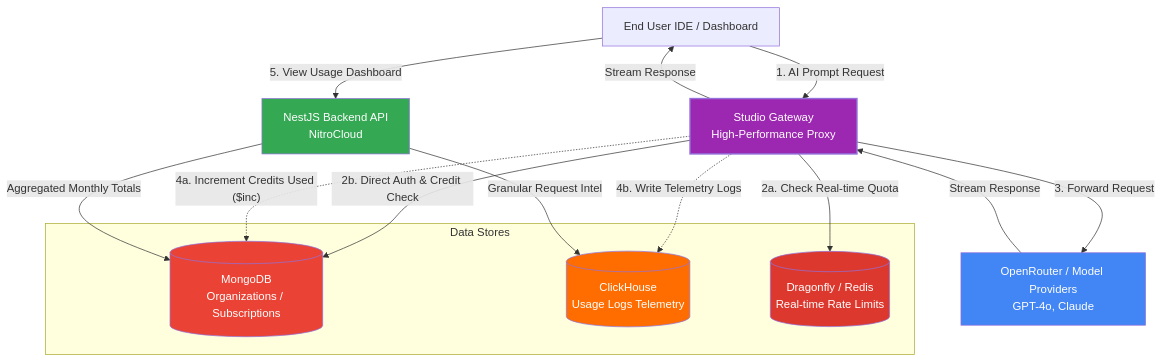
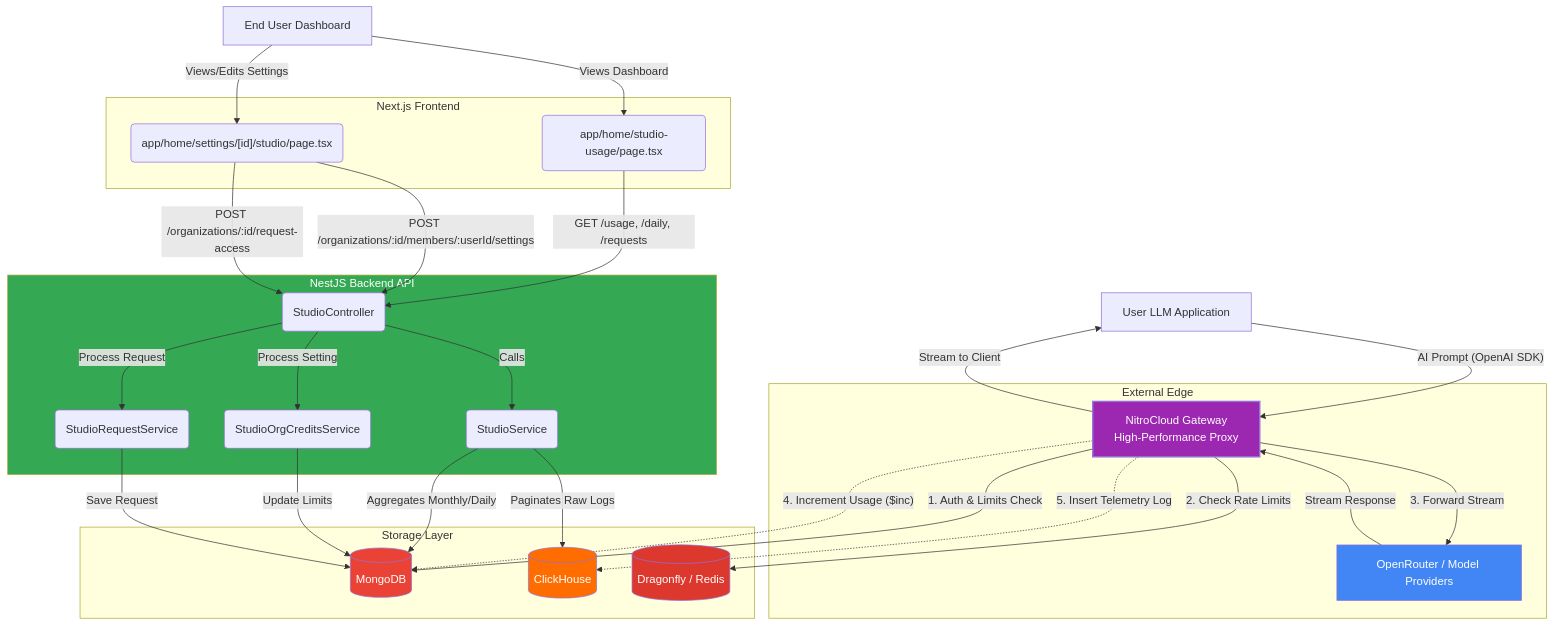
Before and after one commit to webdev-hemant/test-md: the second of 2 diagrams in studio-usage_architecture.md, drawn with Mermaid. The commit also changed other lines of this file, not shown here.

First line of the commit message:
Revise studio architecture for performance analysis

````diff
--- a/studio-usage_architecture.md
+++ b/studio-usage_architecture.md
@@ -43,40 +179,71 @@
 ```mermaid
 graph TD
-    %% Define Nodes
-    User[End User IDE / Dashboard]
-    Gw[Studio Gateway<br>High-Performance Proxy]
-    BE[NestJS Backend API<br>NitroCloud]
-    OR[OpenRouter / Model Providers<br>GPT-4o, Claude]
+    %% Define Actors
+    User["End User Dashboard"]
+    LLM_Client["User LLM Application"]
+
+    %% Frontend Components
+    subgraph Frontend ["Next.js Frontend"]
+        SU_Page("app/home/studio-usage/page.tsx")
+        API_Config("app/home/settings/[id]/studio/page.tsx")
+    end
+
+    %% External Services
+    subgraph External ["External Edge"]
+        GW["NitroCloud Gateway<br>High-Performance Proxy"]
+        OR["OpenRouter / Model Providers"]
+    end
+
+    %% Backend Services
+    subgraph Backend ["NestJS Backend API"]
+        S_Ctrl("StudioController")
+        S_Svc("StudioService")
+        SOC_Svc("StudioOrgCreditsService")
+        SR_Svc("StudioRequestService")
+    end
+
+    %% Data Stores
+    subgraph Data ["Storage Layer"]
+        MDB[("MongoDB")]
+        CH[("ClickHouse")]
+        RD[("Dragonfly / Redis")]
+    end
+
+    %% Flow: Viewing Usage Dashboard
+    User -- "Views Dashboard" --> SU_Page
+    SU_Page -- "GET /usage, /daily, /requests" --> S_Ctrl
+    S_Ctrl -- "Calls" --> S_Svc
+    S_Svc -- "Aggregates Monthly/Daily" --> MDB
+    S_Svc -- "Paginates Raw Logs" --> CH
+
+    %% Flow: LLM Generation Path (The Hot Path)
+    LLM_Client -- "AI Prompt (OpenAI SDK)" --> GW
+    GW -- "1. Auth & Limits Check" --> MDB
+    GW -- "2. Check Rate Limits" --> RD
+    GW -- "3. Forward Stream" --> OR
+    OR -- "Stream Response" --> GW
+    GW -- "Stream to Client" --> LLM_Client
     
-    subgraph Data Stores
-        MDB[(MongoDB<br>Organizations / Subscriptions)]
-        CH[(ClickHouse<br>Usage Logs Telemetry)]
-        RD[(Dragonfly / Redis<br>Real-time Rate Limits)]
-    end
+    %% Async Logging Path
+    GW -. "4. Increment Usage ($inc)" .-> MDB
+    GW -. "5. Insert Telemetry Log" .-> CH
+
+    %% Flow: Org Admin Settings
+    User -- "Views/Edits Settings" --> API_Config
+    API_Config -- "POST /organizations/:id/members/:userId/settings" --> S_Ctrl
+    S_Ctrl -- "Process Setting" --> SOC_Svc
+    SOC_Svc -- "Update Limits" --> MDB
     
-    %% Relationships
-    User -- "1. AI Prompt Request" --> Gw
-    User -- "5. View Usage Dashboard" --> BE
-    
-    Gw -- "2a. Check Real-time Quota" --> RD
-    Gw -- "2b. Direct Auth & Credit Check" --> MDB
-    Gw -- "3. Forward Request" --> OR
-    OR -- "Stream Response" --> Gw
-    Gw -- "Stream Response" --> User
+    %% Additional Access Flow
+    API_Config -- "POST /organizations/:id/request-access" --> S_Ctrl
+    S_Ctrl -- "Process Request" --> SR_Svc
+    SR_Svc -- "Save Request" --> MDB
 
-    %% Billing & Async Writes
-    Gw -. "4a. Increment Credits Used ($inc)" .-> MDB
-    Gw -. "4b. Write Telemetry Logs" .-> CH
-    
-    %% Dashboard Data Retrieval
-    BE -- "Aggregated Monthly Totals" --> MDB
-    BE -- "Granular Request Intel" --> CH
-    
     %% Styling
-    style Gw fill:#9c27b0,color:#fff,stroke-width:2px
-    style BE fill:#34a853,color:#fff
+    style GW fill:#9c27b0,color:#fff,stroke-width:2px
+    style Backend fill:#34a853,color:#fff
     style MDB fill:#ea4335,color:#fff
     style CH fill:#ff6d00,color:#fff
     style RD fill:#dc382d,color:#fff
     style OR fill:#4285f4,color:#fff
 ```
````
